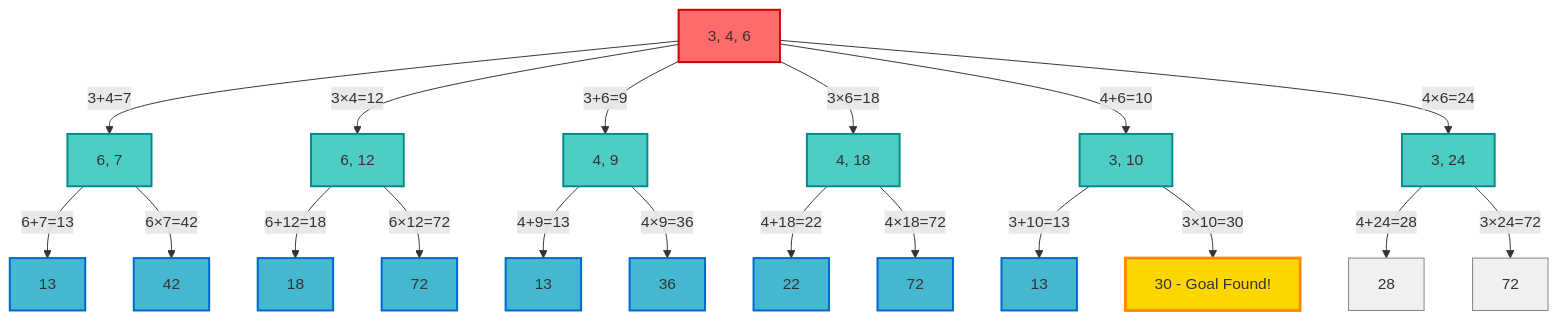
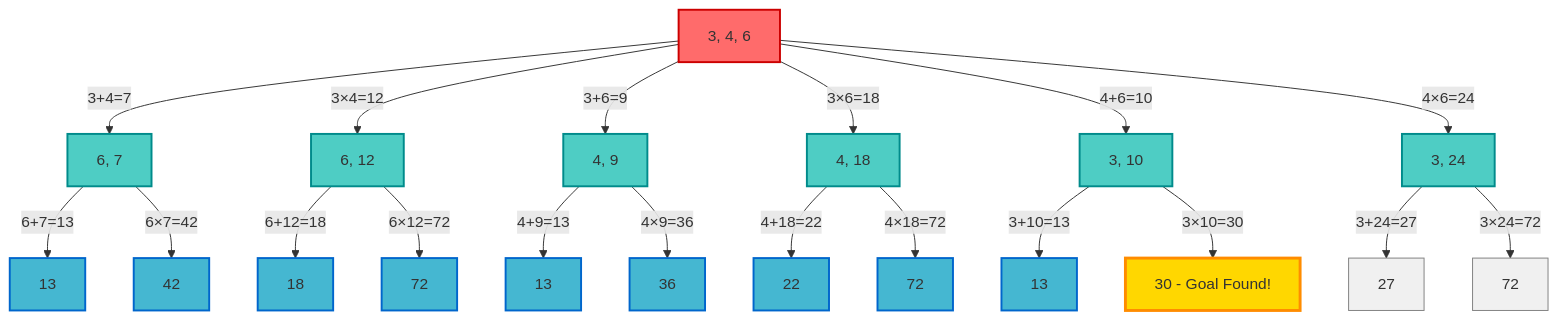
Before and after one commit to newmancodes/my-blog: the diagram in content/posts/2025/11/solving-number-problems-with-ai.md, drawn with Mermaid. The commit also changed other lines of this file and 3 other files, not shown here.

````diff
--- a/content/posts/2025/11/solving-number-problems-with-ai.md
+++ b/content/posts/2025/11/solving-number-problems-with-ai.md
@@ -33,56 +33,56 @@
 ```mermaid
 graph TD
     A[3, 4, 6] -->|3+4=7| B[6, 7]
     A -->|3×4=12| C[6, 12]
     A -->|3+6=9| D[4, 9]
     A -->|3×6=18| E[4, 18]
     A -->|4+6=10| F[3, 10]
     A -->|4×6=24| G[3, 24]
 
     B -->|6+7=13| H[13]
     B -->|6×7=42| I[42]
 
     C -->|6+12=18| J[18]
     C -->|6×12=72| K[72]
 
     D -->|4+9=13| L[13]
     D -->|4×9=36| M[36]
 
     E -->|4+18=22| N[22]
     E -->|4×18=72| O[72]
     
     F -->|3+10=13| P[13]
     F -->|3×10=30| Q[30 - Goal Found!]
 
-    G -->|4+24=28| R[28]
+    G -->|3+24=27| R[27]
     G -->|3×24=72| S[72]
     
     %% Style the exploration order
     A:::level0
     B:::level1
     C:::level1
     D:::level1
     E:::level1
     F:::level1
     G:::level1
     H:::level2
     I:::level2
     J:::level2
     K:::level2
     L:::level2
     M:::level2
     N:::level2
     O:::level2
     P:::level2
     Q:::goal
     
     %% Not yet explored
     R:::unvisited
     S:::unvisited
     
     classDef level0 fill:#FF6B6B,stroke:#CC0000,stroke-width:2px
     classDef level1 fill:#4ECDC4,stroke:#008B8B,stroke-width:2px
     classDef level2 fill:#45B7D1,stroke:#0066CC,stroke-width:2px
     classDef goal fill:#FFD700,stroke:#FF8C00,stroke-width:3px
     classDef unvisited fill:#F0F0F0,stroke:#808080,stroke-width:1px
 ```
````
